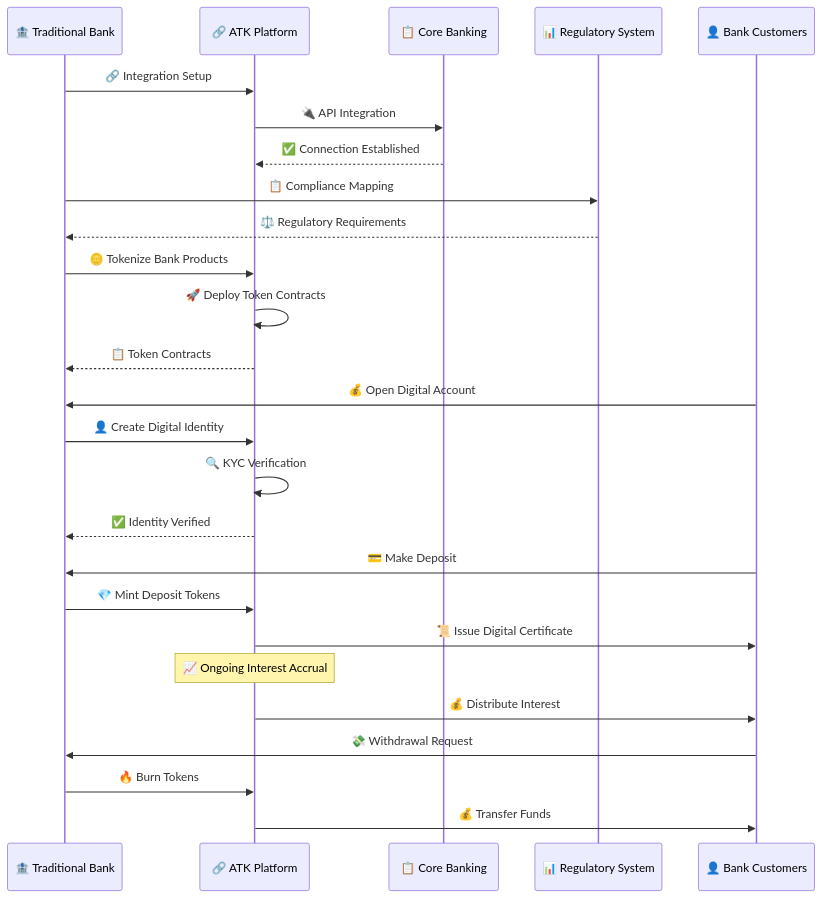
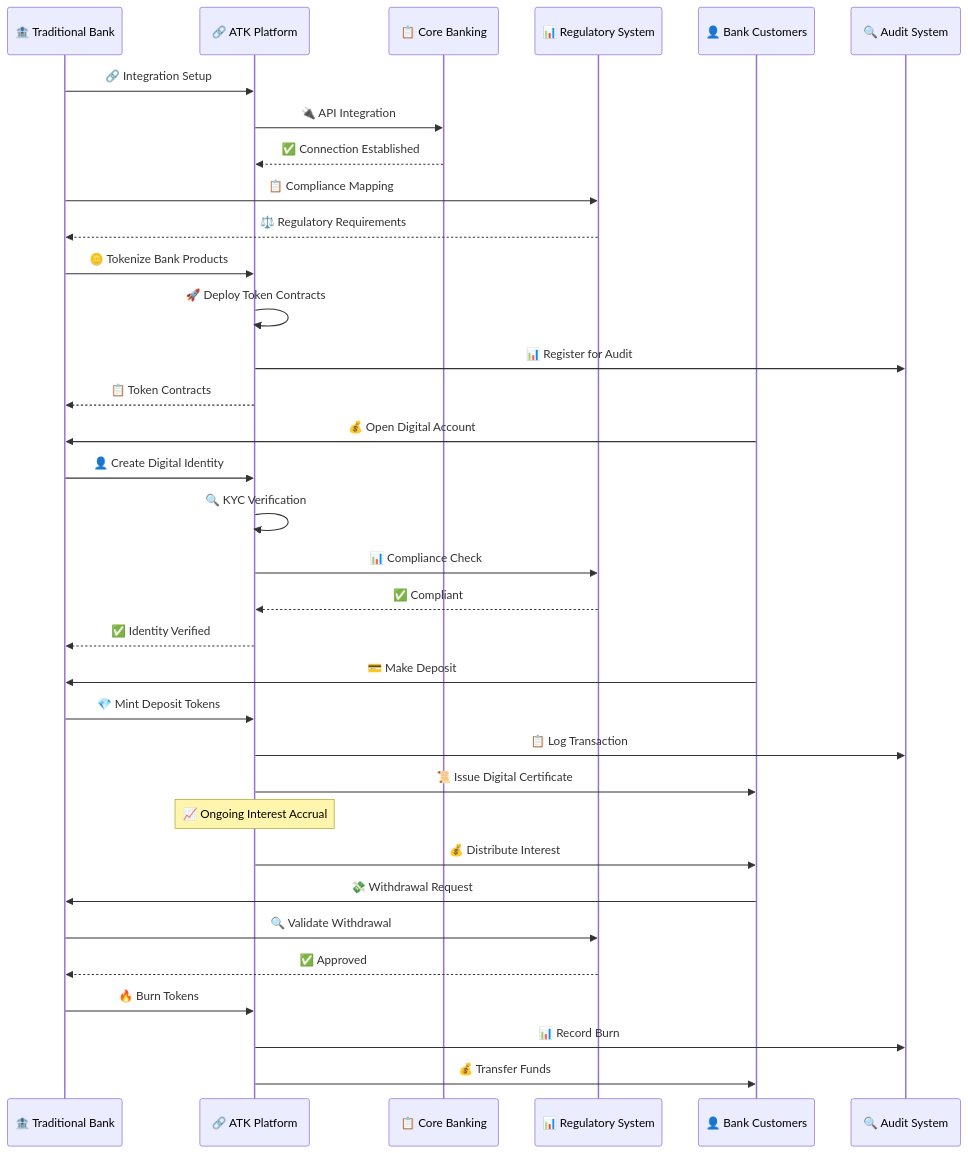
Before and after one commit to settlemint/asset-tokenization-kit: the sixth of 15 diagrams in designdocs/16-real-world-applications.md, drawn with Mermaid. The commit also changed other lines of this file and 17 other files, not shown here.

````diff
--- a/designdocs/16-real-world-applications.md
+++ b/designdocs/16-real-world-applications.md
@@ -431,35 +549,43 @@
 ```mermaid
 sequenceDiagram
     participant B as 🏦 Traditional Bank
     participant P as 🔗 ATK Platform
     participant C as 📋 Core Banking
     participant R as 📊 Regulatory System
     participant I as 👤 Bank Customers
+    participant A as 🔍 Audit System
     
     B->>P: 🔗 Integration Setup
     P->>C: 🔌 API Integration
     C-->>P: ✅ Connection Established
     
     B->>R: 📋 Compliance Mapping
     R-->>B: ⚖️ Regulatory Requirements
     
     B->>P: 🪙 Tokenize Bank Products
     P->>P: 🚀 Deploy Token Contracts
+    P->>A: 📊 Register for Audit
     P-->>B: 📋 Token Contracts
     
     I->>B: 💰 Open Digital Account
     B->>P: 👤 Create Digital Identity
     P->>P: 🔍 KYC Verification
+    P->>R: 📊 Compliance Check
+    R-->>P: ✅ Compliant
     P-->>B: ✅ Identity Verified
     
     I->>B: 💳 Make Deposit
     B->>P: 💎 Mint Deposit Tokens
+    P->>A: 📋 Log Transaction
     P->>I: 📜 Issue Digital Certificate
     
     Note over P: 📈 Ongoing Interest Accrual
     
     P->>I: 💰 Distribute Interest
     I->>B: 💸 Withdrawal Request
+    B->>R: 🔍 Validate Withdrawal
+    R-->>B: ✅ Approved
     B->>P: 🔥 Burn Tokens
+    P->>A: 📊 Record Burn
     P->>I: 💰 Transfer Funds
 ```
````
